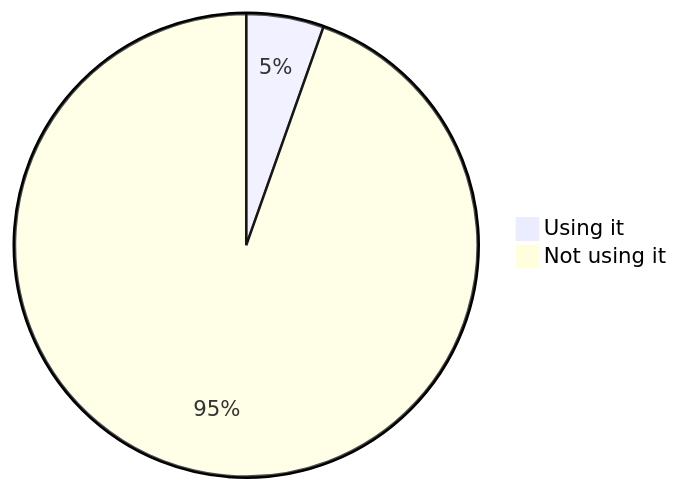
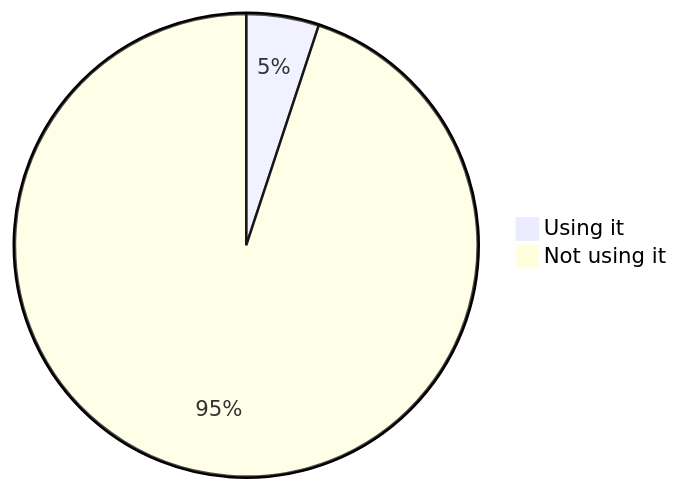
Diagram 11 of 22 in stats.md (oshp/oshp-stats), drawn with Mermaid before and after one commit. The commit also changed other lines of this file, not shown here.

````diff
--- a/stats.md
+++ b/stats.md
@@ -130,6 +130,6 @@
 ```mermaid
 pie
-	"Using it" : 5.41
-	"Not using it" : 94.59
+	"Using it" : 5.07
+	"Not using it" : 94.93
 
 ```
````
